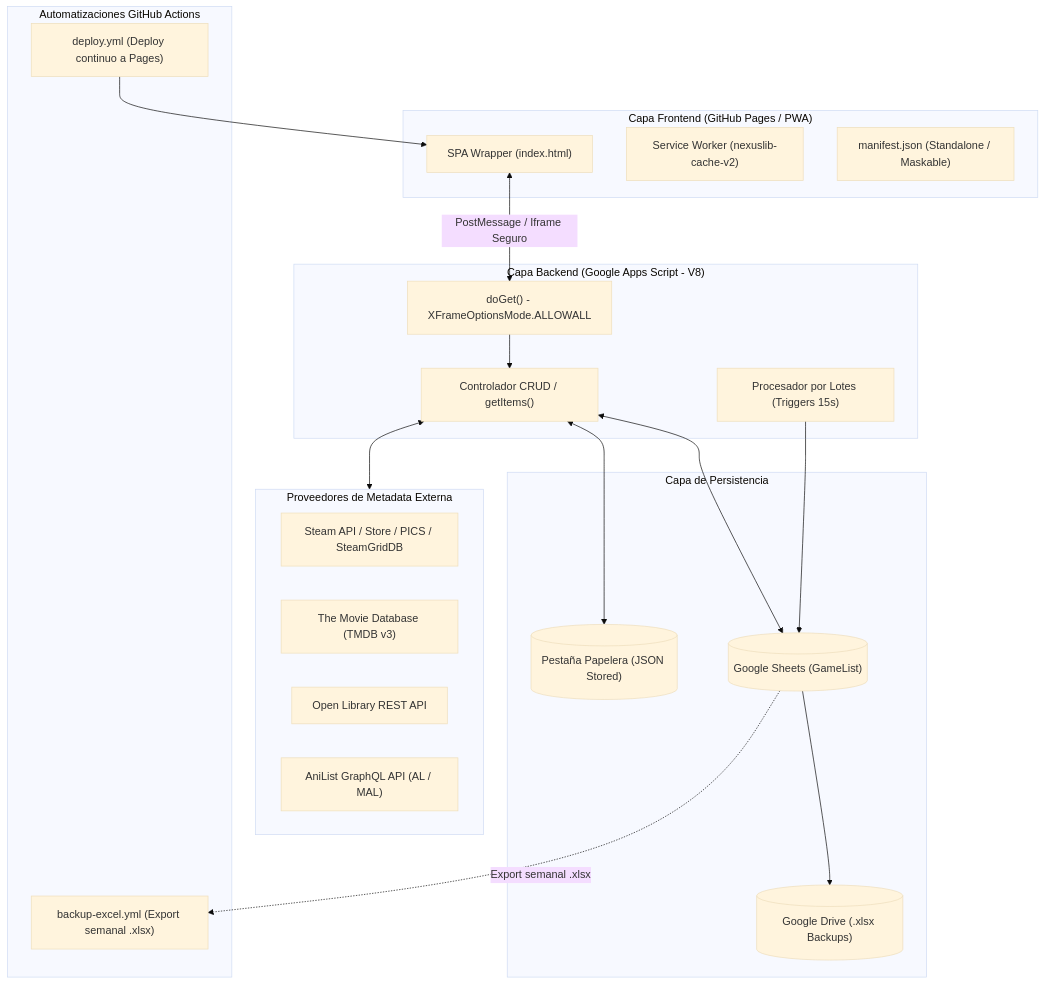
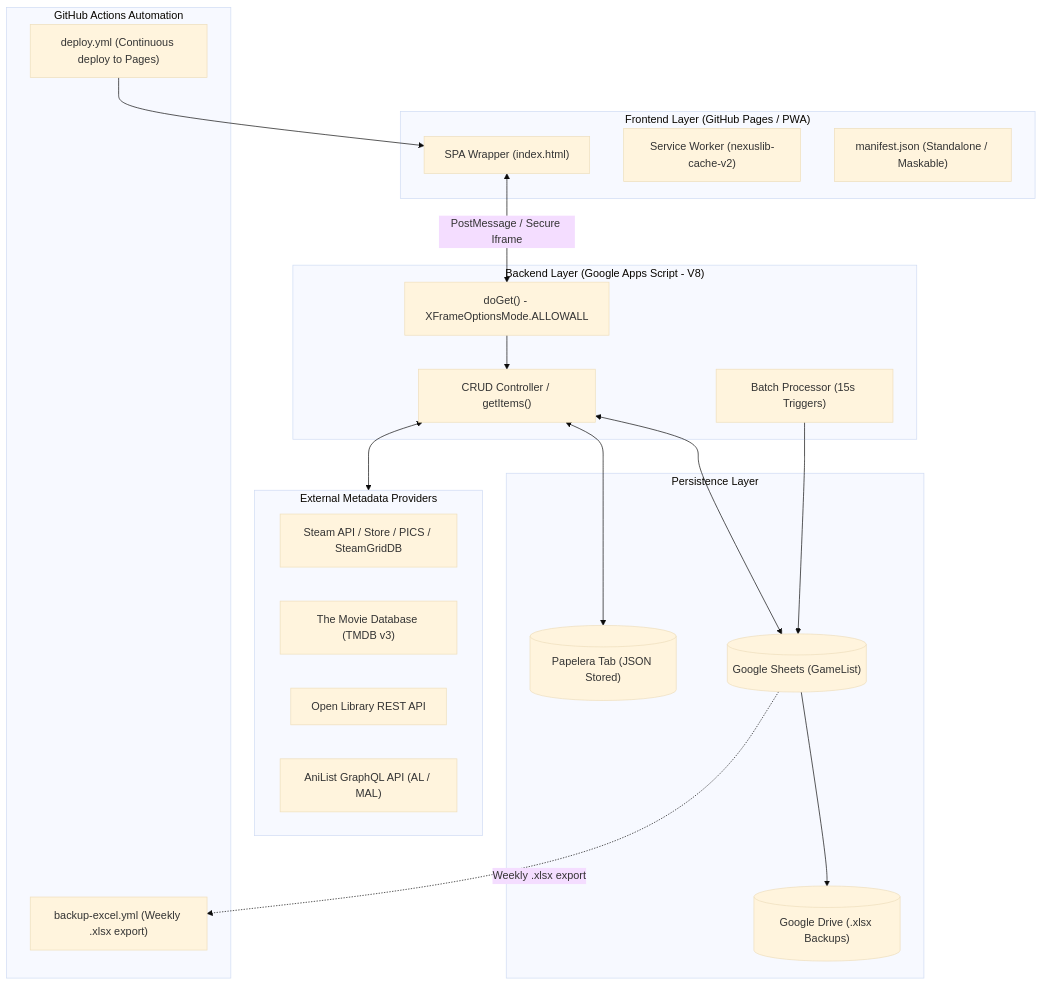
One commit to angellrnzo/nexuslib changed the diagram in README.md. Above: the diagram before and after it, drawn with Mermaid (base theme). The commit also changed other lines of this file and 2 other files, not shown here.

First line of the commit message:
Translate docs to English and sync roadmap audit with real code

````diff
--- a/README.md
+++ b/README.md
@@ -60,42 +60,42 @@
 ```mermaid
 flowchart TD
-    subgraph Frontend["Capa Frontend (GitHub Pages / PWA)"]
+    subgraph Frontend["Frontend Layer (GitHub Pages / PWA)"]
         UI["SPA Wrapper (index.html)"]
         SW["Service Worker (nexuslib-cache-v2)"]
         Manifest["manifest.json (Standalone / Maskable)"]
     end
 
-    subgraph Backend["Capa Backend (Google Apps Script - V8)"]
+    subgraph Backend["Backend Layer (Google Apps Script - V8)"]
         Router["doGet() - XFrameOptionsMode.ALLOWALL"]
-        API["Controlador CRUD / getItems()"]
-        Batch["Procesador por Lotes (Triggers 15s)"]
+        API["CRUD Controller / getItems()"]
+        Batch["Batch Processor (15s Triggers)"]
     end
 
-    subgraph ExternalAPIs["Proveedores de Metadata Externa"]
+    subgraph ExternalAPIs["External Metadata Providers"]
         Steam["Steam API / Store / PICS / SteamGridDB"]
         TMDB["The Movie Database (TMDB v3)"]
         OpenLib["Open Library REST API"]
         AniList["AniList GraphQL API (AL / MAL)"]
     end
 
-    subgraph Database["Capa de Persistencia"]
+    subgraph Database["Persistence Layer"]
         Sheets[("Google Sheets (GameList)")]
-        Trash[("Pestaña Papelera (JSON Stored)")]
+        Trash[("Papelera Tab (JSON Stored)")]
         DriveBackup[("Google Drive (.xlsx Backups)")]
     end
 
-    subgraph Automation["Automatizaciones GitHub Actions"]
-        DeployAction["deploy.yml (Deploy continuo a Pages)"]
-        BackupAction["backup-excel.yml (Export semanal .xlsx)"]
+    subgraph Automation["GitHub Actions Automation"]
+        DeployAction["deploy.yml (Continuous deploy to Pages)"]
+        BackupAction["backup-excel.yml (Weekly .xlsx export)"]
     end
 
-    UI <--> |PostMessage / Iframe Seguro| Router
+    UI <--> |PostMessage / Secure Iframe| Router
     Router --> API
     API <--> ExternalAPIs
     API <--> Sheets
     API <--> Trash
     Batch --> Sheets
     Sheets --> DriveBackup
-    Sheets -.-> |Export semanal .xlsx| BackupAction
+    Sheets -.-> |Weekly .xlsx export| BackupAction
     DeployAction --> UI
 ```
````
